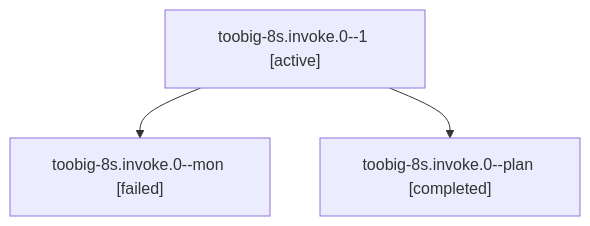
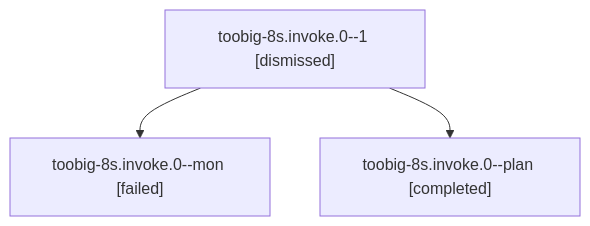
The diagram in sessions/bbugyi200.athena.toobig-8s.invoke.0.md (sase-org/sase--agents), drawn with Mermaid before and after one commit. The commit also changed other lines of this file and 53 other files, not shown here.

````diff
--- a/sessions/bbugyi200.athena.toobig-8s.invoke.0.md
+++ b/sessions/bbugyi200.athena.toobig-8s.invoke.0.md
@@ -9,8 +9,8 @@
 ```mermaid
 flowchart TD
-  n0["toobig-8s.invoke.0--1 [active]"]
+  n0["toobig-8s.invoke.0--1 [dismissed]"]
   n1["toobig-8s.invoke.0--mon [failed]"]
   n0 --> n1
   n2["toobig-8s.invoke.0--plan [completed]"]
   n0 --> n2
 ```
````
